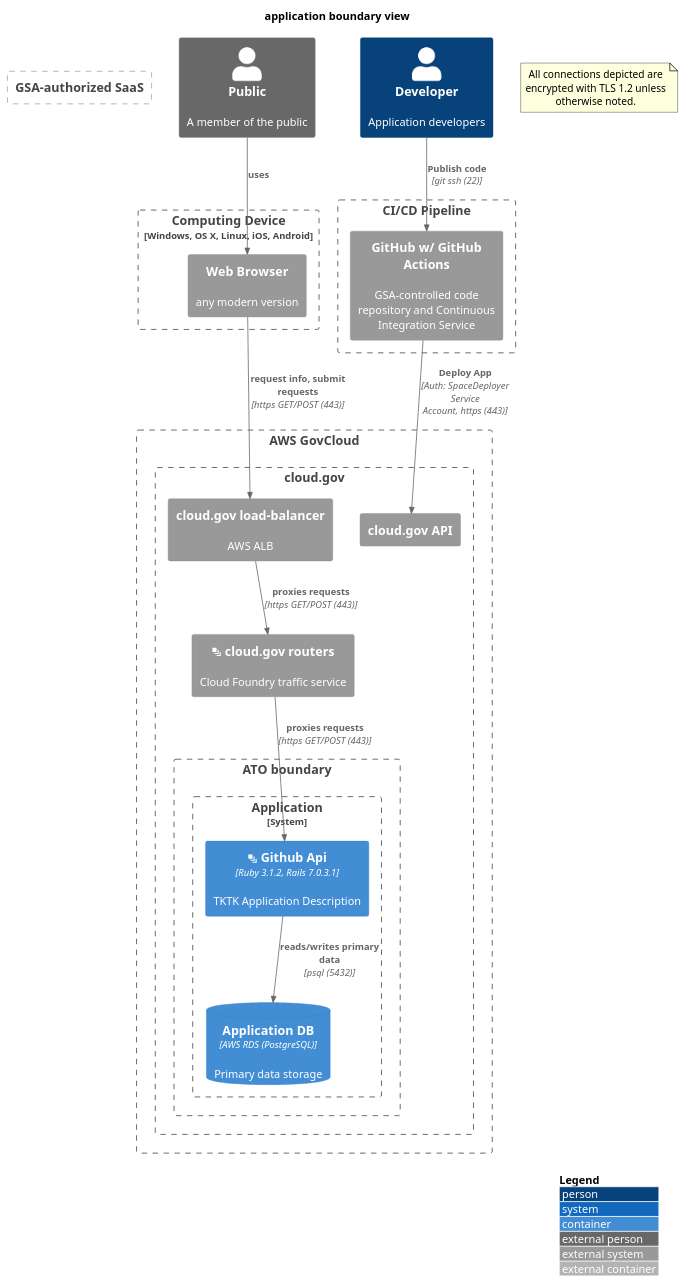
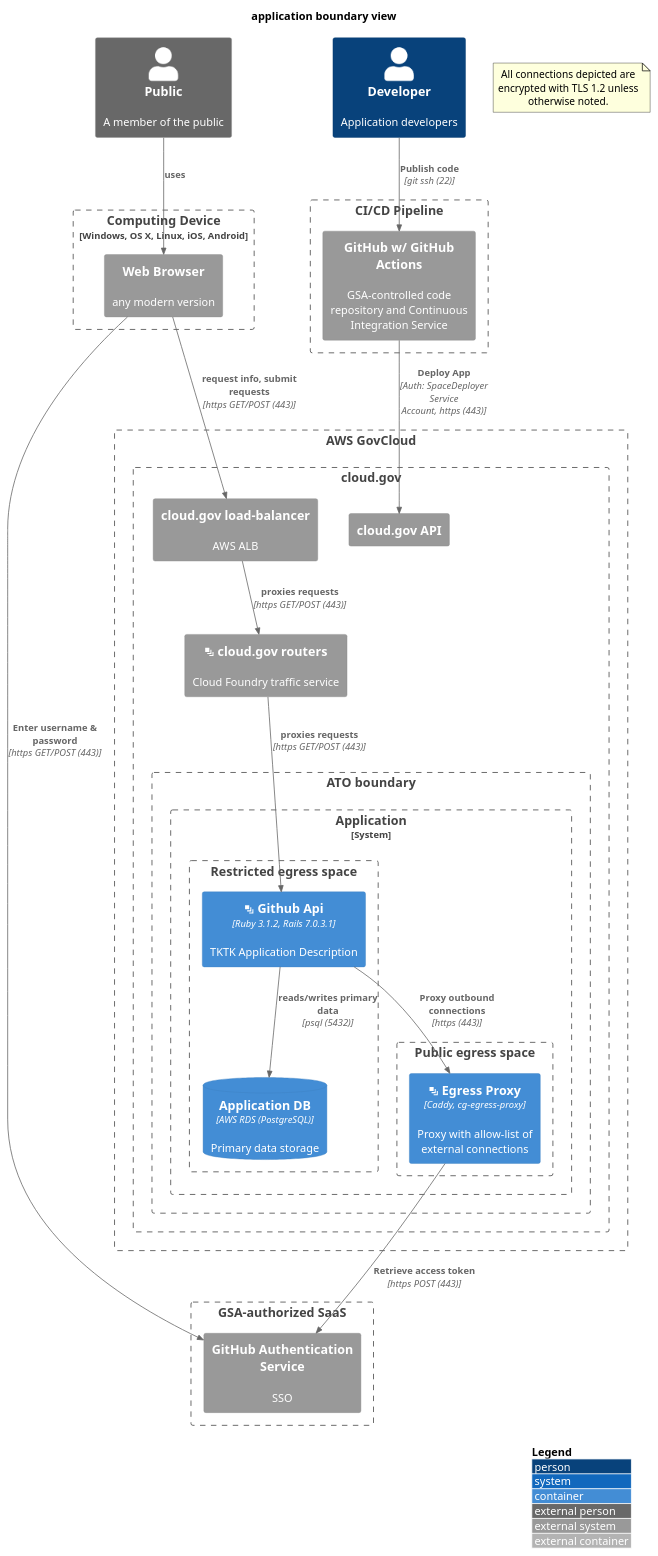
The diagram in doc/compliance/apps/application.boundary.md (rahearn/bug-free-octo-potato), drawn with PlantUML before and after one commit. The commit also changed 12 other files, not shown here.

Commit message:
Deploy egress proxy

````diff
--- a/doc/compliance/apps/application.boundary.md
+++ b/doc/compliance/apps/application.boundary.md
@@ -5,48 +5,57 @@
 ```plantuml
 @startuml
 !include https://raw.githubusercontent.com/plantuml-stdlib/C4-PlantUML/master/C4_Container.puml
 ' uncomment the following line and comment the first to use locally
 ' !include C4_Container.puml
 LAYOUT_WITH_LEGEND()
 title application boundary view
 
 Person_Ext(public, "Public", "A member of the public")
 Person(developer, "Developer", "Application developers")
 
 Boundary(device, "Computing Device", "Windows, OS X, Linux, iOS, Android"){
     System_Ext(browser, "Web Browser", "any modern version")
 }
 Rel(public, browser, "uses", "")
 
 note as EncryptionNote
 All connections depicted are encrypted with TLS 1.2 unless otherwise noted.
 end note
 Boundary(aws, "AWS GovCloud") {
     Boundary(cloudgov, "cloud.gov") {
         System_Ext(cg_api, "cloud.gov API")
         System_Ext(aws_alb, "cloud.gov load-balancer", "AWS ALB")
         System_Ext(cloudgov_router, "<&layers> cloud.gov routers", "Cloud Foundry traffic service")
         Boundary(atob, "ATO boundary") {
             System_Boundary(inventory, "Application") {
-                Container(app, "<&layers> Github Api", "Ruby 3.1.2, Rails 7.0.3.1", "TKTK Application Description")
-                ContainerDb(app_db, "Application DB", "AWS RDS (PostgreSQL)", "Primary data storage")
+                Boundary(restricted_space, "Restricted egress space") {
+                    Container(app, "<&layers> Github Api", "Ruby 3.1.2, Rails 7.0.3.1", "TKTK Application Description")
+                    ContainerDb(app_db, "Application DB", "AWS RDS (PostgreSQL)", "Primary data storage")
+                }
+                Boundary(egress_space, "Public egress space") {
+                    Container(proxy, "<&layers> Egress Proxy", "Caddy, cg-egress-proxy", "Proxy with allow-list of external connections")
+                }
             }
         }
     }
 }
 
 Boundary(gsa_saas, "GSA-authorized SaaS") {
+    System_Ext(github_auth, "GitHub Authentication Service", "SSO")
 }
 
 Boundary(cicd, "CI/CD Pipeline") {
     System_Ext(githuball, "GitHub w/ GitHub Actions", "GSA-controlled code repository and Continuous Integration Service")
 }
 
 Rel(browser, aws_alb, "request info, submit requests", "https GET/POST (443)")
 Rel(aws_alb, cloudgov_router, "proxies requests", "https GET/POST (443)")
 Rel(cloudgov_router, app, "proxies requests", "https GET/POST (443)")
 Rel(app, app_db, "reads/writes primary data", "psql (5432)")
 Rel(developer, githuball, "Publish code", "git ssh (22)")
 Rel(githuball, cg_api, "Deploy App", "Auth: SpaceDeployer Service Account, https (443)")
+Rel(app, proxy, "Proxy outbound connections", "https (443)")
+Rel(proxy, github_auth, "Retrieve access token", "https POST (443)")
+Rel(browser, github_auth, "Enter username & password", "https GET/POST (443)")
 @enduml
 ```
````
